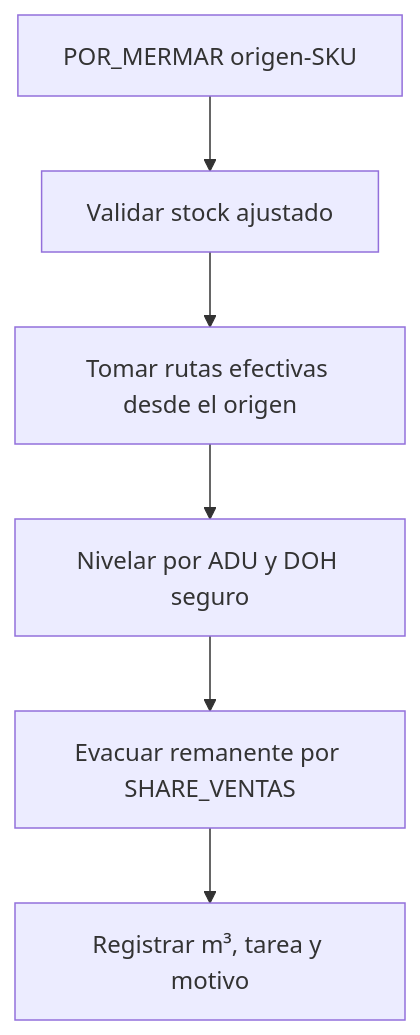
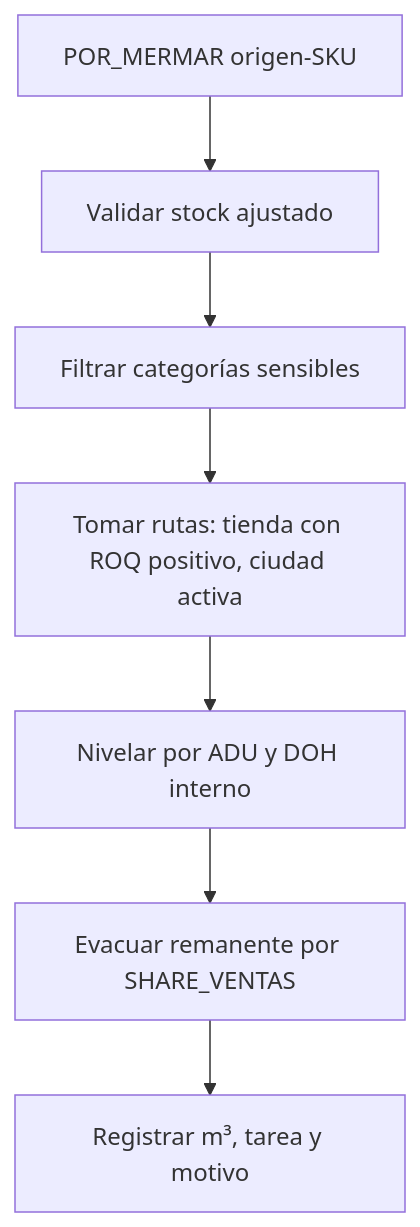
One commit to bryanzuniga-rappi/MOTHER_BASE changed the fifth of 6 diagrams in README.md. Above: the diagram before and after it, drawn with Mermaid. The commit also changed other lines of this file and 17 other files, not shown here.

````diff
--- a/README.md
+++ b/README.md
@@ -392,8 +396,9 @@
 ```mermaid
 flowchart TD
     A["POR_MERMAR origen-SKU"] --> B["Validar stock ajustado"]
-    B --> C["Tomar rutas efectivas desde el origen"]
-    C --> D["Nivelar por ADU y DOH seguro"]
-    D --> E["Evacuar remanente por SHARE_VENTAS"]
-    E --> F["Registrar m³, tarea y motivo"]
+    B --> C["Filtrar categorías sensibles"]
+    C --> D["Tomar rutas: tienda con ROQ positivo, ciudad activa"]
+    D --> E["Nivelar por ADU y DOH interno"]
+    E --> F["Evacuar remanente por SHARE_VENTAS"]
+    F --> G["Registrar m³, tarea y motivo"]
 ```
````
